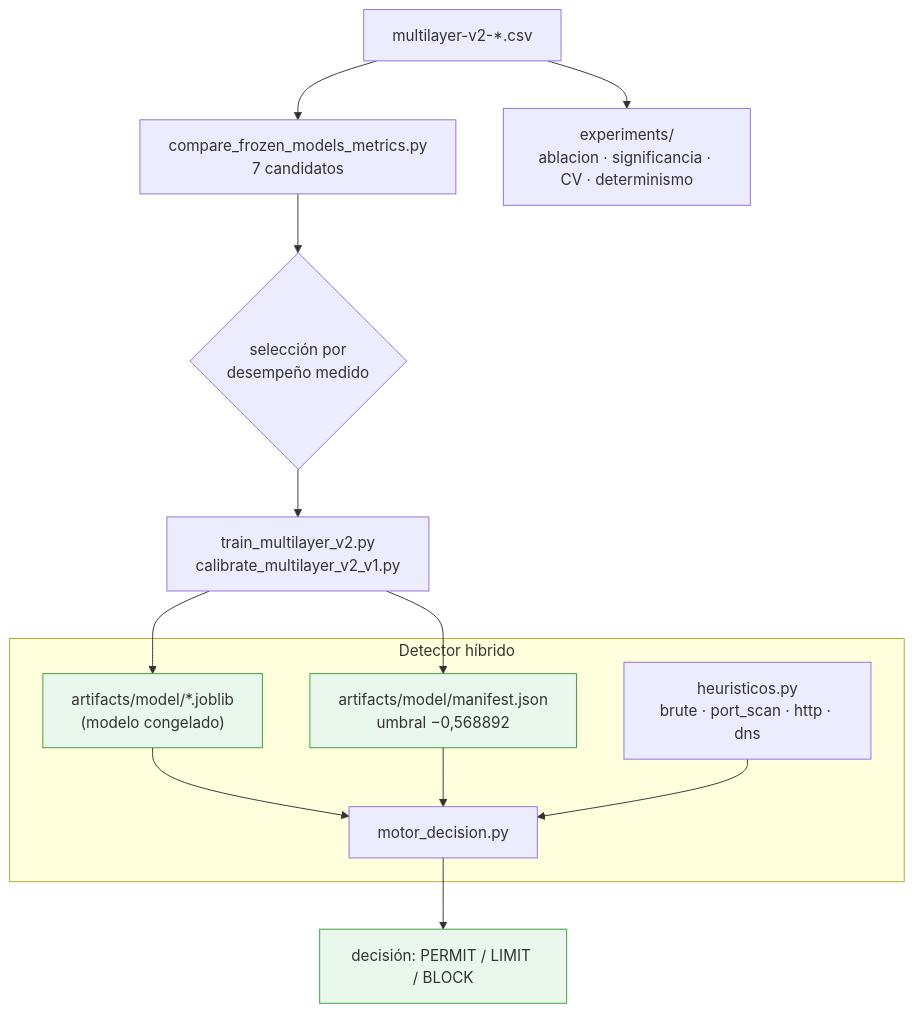
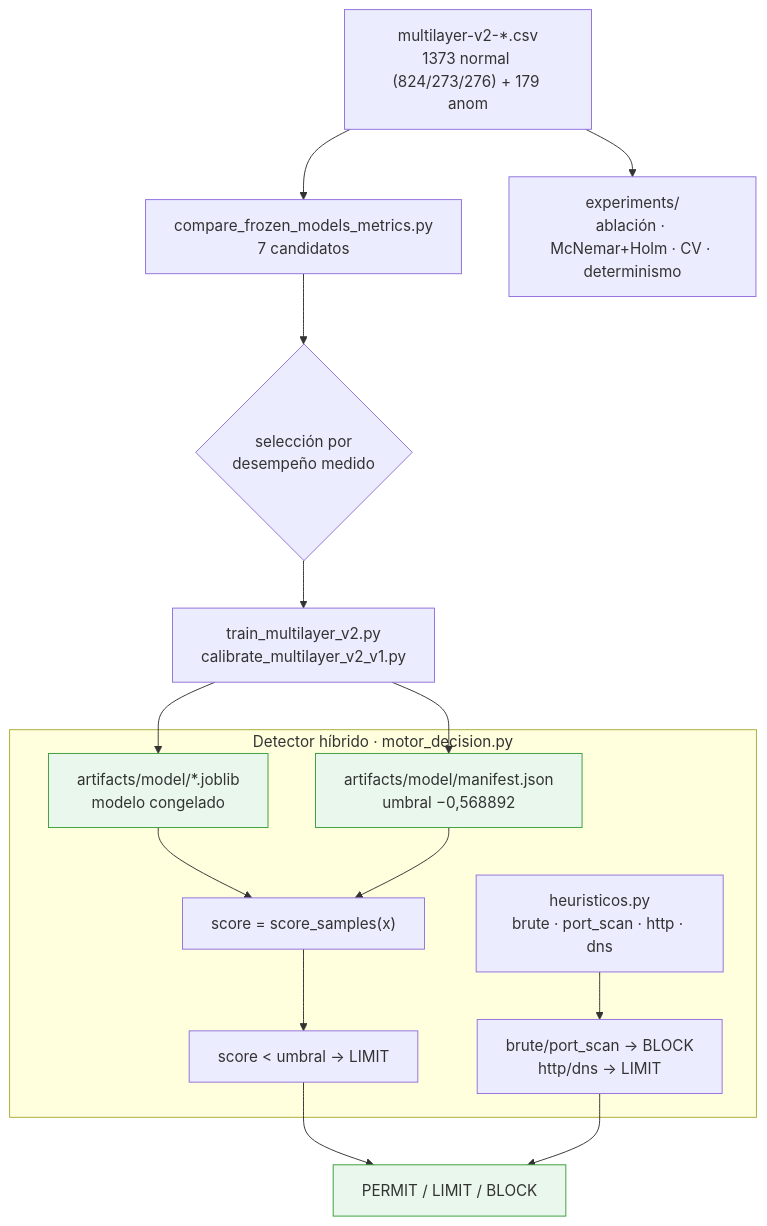
Before and after one commit to marksato13/VF-PPI-TESIS-ORQUESTACION: the diagram in 02-metodologia/metodologia-7-fases/F3-modelado-hibrido.md, drawn with Mermaid. The commit also changed other lines of this file and 6 other files, not shown here.

````diff
--- a/02-metodologia/metodologia-7-fases/F3-modelado-hibrido.md
+++ b/02-metodologia/metodologia-7-fases/F3-modelado-hibrido.md
@@ -11,20 +12,20 @@
 ```mermaid
 flowchart TB
-  CSV["multilayer-v2-*.csv"] --> CMP["compare_frozen_models_metrics.py<br/>7 candidatos"]
+  CSV["multilayer-v2-*.csv<br/>1373 normal (824/273/276) + 179 anom"] --> CMP["compare_frozen_models_metrics.py<br/>7 candidatos"]
   CMP --> SEL{"selección por<br/>desempeño medido"}
   SEL --> TRAIN["train_multilayer_v2.py<br/>calibrate_multilayer_v2_v1.py"]
-  TRAIN --> MODEL["artifacts/model/*.joblib<br/>(modelo congelado)"]
+  TRAIN --> MODEL["artifacts/model/*.joblib<br/>modelo congelado"]
   TRAIN --> MAN["artifacts/model/manifest.json<br/>umbral −0,568892"]
+  CSV --> EXP["experiments/<br/>ablación · McNemar+Holm · CV · determinismo"]
 
-  CSV --> ABL["experiments/<br/>ablacion · significancia · CV · determinismo"]
-
-  subgraph HIB["Detector híbrido"]
-    MODEL --> DEC["motor_decision.py"]
-    MAN --> DEC
-    HEU["heuristicos.py<br/>brute · port_scan · http · dns"] --> DEC
+  subgraph HIB["Detector híbrido · motor_decision.py"]
+    MODEL --> SCORE["score = score_samples(x)"]
+    MAN --> SCORE
+    SCORE --> LIM["score < umbral → LIMIT"]
+    HEU["heuristicos.py<br/>brute · port_scan · http · dns"] --> BLK["brute/port_scan → BLOCK<br/>http/dns → LIMIT"]
   end
-  DEC --> OUT["decisión: PERMIT / LIMIT / BLOCK"]
-
+  LIM --> OUT["PERMIT / LIMIT / BLOCK"]
+  BLK --> OUT
   classDef out fill:#EAF7EC,stroke:#3A9D3A;
   class MODEL,MAN,OUT out;
 ```
````
